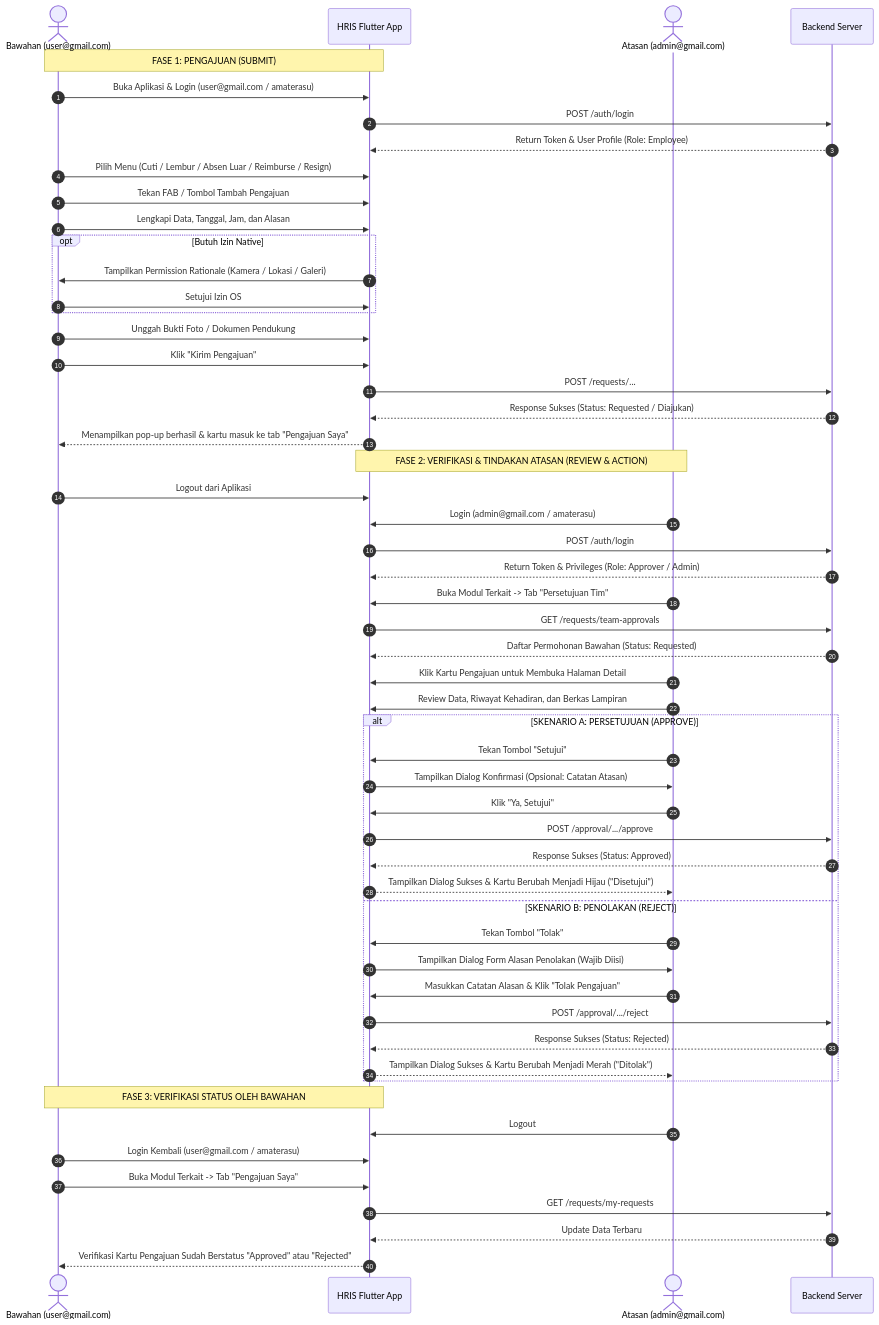
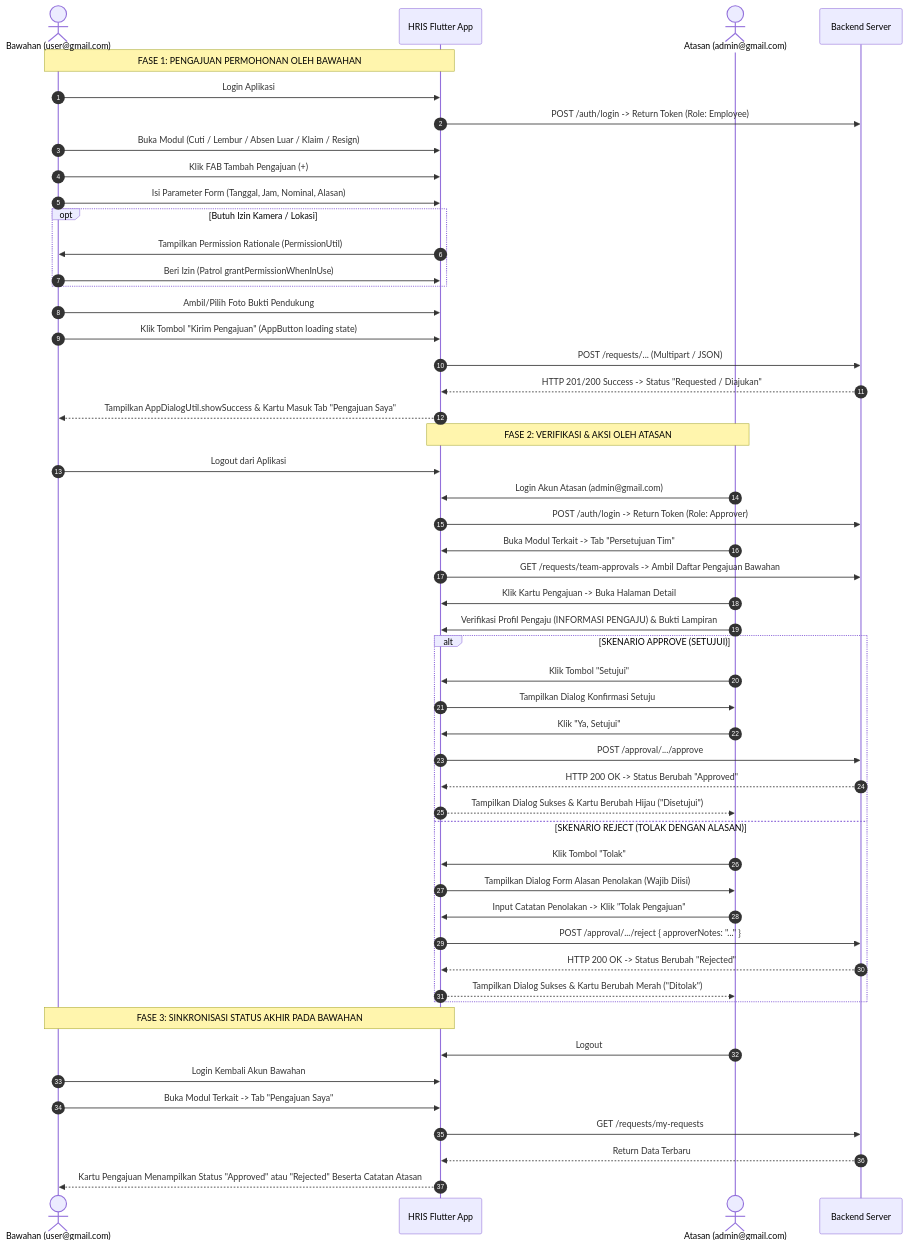
The second of 2 diagrams in docs/TESTING_FLOW_AND_CHECKLIST.md (rafliandreansyah/hris_flutter), drawn with Mermaid before and after one commit. The commit also changed other lines of this file and 160 other files, not shown here.

````diff
--- a/docs/TESTING_FLOW_AND_CHECKLIST.md
+++ b/docs/TESTING_FLOW_AND_CHECKLIST.md
@@ -138,60 +165,57 @@
 ```mermaid
 sequenceDiagram
     autonumber
     actor Bawahan as Bawahan (user@gmail.com)
     participant App as HRIS Flutter App
     actor Atasan as Atasan (admin@gmail.com)
     participant API as Backend Server
 
-    Note over Bawahan, App: FASE 1: PENGAJUAN (SUBMIT)
-    Bawahan->>App: Buka Aplikasi & Login (user@gmail.com / amaterasu)
-    App->>API: POST /auth/login
-    API-->>App: Return Token & User Profile (Role: Employee)
-    Bawahan->>App: Pilih Menu (Cuti / Lembur / Absen Luar / Reimburse / Resign)
-    Bawahan->>App: Tekan FAB / Tombol Tambah Pengajuan
-    Bawahan->>App: Lengkapi Data, Tanggal, Jam, dan Alasan
-    opt Butuh Izin Native
-        App->>Bawahan: Tampilkan Permission Rationale (Kamera / Lokasi / Galeri)
-        Bawahan->>App: Setujui Izin OS
+    Note over Bawahan, App: FASE 1: PENGAJUAN PERMOHONAN OLEH BAWAHAN
+    Bawahan->>App: Login Aplikasi
+    App->>API: POST /auth/login -> Return Token (Role: Employee)
+    Bawahan->>App: Buka Modul (Cuti / Lembur / Absen Luar / Klaim / Resign)
+    Bawahan->>App: Klik FAB Tambah Pengajuan (+)
+    Bawahan->>App: Isi Parameter Form (Tanggal, Jam, Nominal, Alasan)
+    opt Butuh Izin Kamera / Lokasi
+        App->>Bawahan: Tampilkan Permission Rationale (PermissionUtil)
+        Bawahan->>App: Beri Izin (Patrol grantPermissionWhenInUse)
     end
-    Bawahan->>App: Unggah Bukti Foto / Dokumen Pendukung
-    Bawahan->>App: Klik "Kirim Pengajuan"
-    App->>API: POST /requests/...
-    API-->>App: Response Sukses (Status: Requested / Diajukan)
-    App-->>Bawahan: Menampilkan pop-up berhasil & kartu masuk ke tab "Pengajuan Saya"
+    Bawahan->>App: Ambil/Pilih Foto Bukti Pendukung
+    Bawahan->>App: Klik Tombol "Kirim Pengajuan" (AppButton loading state)
+    App->>API: POST /requests/... (Multipart / JSON)
+    API-->>App: HTTP 201/200 Success -> Status "Requested / Diajukan"
+    App-->>Bawahan: Tampilkan AppDialogUtil.showSuccess & Kartu Masuk Tab "Pengajuan Saya"
 
-    Note over Atasan, App: FASE 2: VERIFIKASI & TINDAKAN ATASAN (REVIEW & ACTION)
+    Note over Atasan, App: FASE 2: VERIFIKASI & AKSI OLEH ATASAN
     Bawahan->>App: Logout dari Aplikasi
-    Atasan->>App: Login (admin@gmail.com / amaterasu)
-    App->>API: POST /auth/login
-    API-->>App: Return Token & Privileges (Role: Approver / Admin)
+    Atasan->>App: Login Akun Atasan (admin@gmail.com)
+    App->>API: POST /auth/login -> Return Token (Role: Approver)
     Atasan->>App: Buka Modul Terkait -> Tab "Persetujuan Tim"
-    App->>API: GET /requests/team-approvals
-    API-->>App: Daftar Permohonan Bawahan (Status: Requested)
-    Atasan->>App: Klik Kartu Pengajuan untuk Membuka Halaman Detail
-    Atasan->>App: Review Data, Riwayat Kehadiran, dan Berkas Lampiran
+    App->>API: GET /requests/team-approvals -> Ambil Daftar Pengajuan Bawahan
+    Atasan->>App: Klik Kartu Pengajuan -> Buka Halaman Detail
+    Atasan->>App: Verifikasi Profil Pengaju (INFORMASI PENGAJU) & Bukti Lampiran
 
-    alt SKENARIO A: PERSETUJUAN (APPROVE)
-        Atasan->>App: Tekan Tombol "Setujui"
-        App->>Atasan: Tampilkan Dialog Konfirmasi (Opsional: Catatan Atasan)
+    alt SKENARIO APPROVE (SETUJUI)
+        Atasan->>App: Klik Tombol "Setujui"
+        App->>Atasan: Tampilkan Dialog Konfirmasi Setuju
         Atasan->>App: Klik "Ya, Setujui"
         App->>API: POST /approval/.../approve
-        API-->>App: Response Sukses (Status: Approved)
-        App-->>Atasan: Tampilkan Dialog Sukses & Kartu Berubah Menjadi Hijau ("Disetujui")
-    else SKENARIO B: PENOLAKAN (REJECT)
-        Atasan->>App: Tekan Tombol "Tolak"
+        API-->>App: HTTP 200 OK -> Status Berubah "Approved"
+        App-->>Atasan: Tampilkan Dialog Sukses & Kartu Berubah Hijau ("Disetujui")
+    else SKENARIO REJECT (TOLAK DENGAN ALASAN)
+        Atasan->>App: Klik Tombol "Tolak"
         App->>Atasan: Tampilkan Dialog Form Alasan Penolakan (Wajib Diisi)
-        Atasan->>App: Masukkan Catatan Alasan & Klik "Tolak Pengajuan"
-        App->>API: POST /approval/.../reject
-        API-->>App: Response Sukses (Status: Rejected)
-        App-->>Atasan: Tampilkan Dialog Sukses & Kartu Berubah Menjadi Merah ("Ditolak")
+        Atasan->>App: Input Catatan Penolakan -> Klik "Tolak Pengajuan"
+        App->>API: POST /approval/.../reject { approverNotes: "..." }
+        API-->>App: HTTP 200 OK -> Status Berubah "Rejected"
+        App-->>Atasan: Tampilkan Dialog Sukses & Kartu Berubah Merah ("Ditolak")
     end
 
-    Note over Bawahan, App: FASE 3: VERIFIKASI STATUS OLEH BAWAHAN
+    Note over Bawahan, App: FASE 3: SINKRONISASI STATUS AKHIR PADA BAWAHAN
     Atasan->>App: Logout
-    Bawahan->>App: Login Kembali (user@gmail.com / amaterasu)
+    Bawahan->>App: Login Kembali Akun Bawahan
     Bawahan->>App: Buka Modul Terkait -> Tab "Pengajuan Saya"
     App->>API: GET /requests/my-requests
-    API-->>App: Update Data Terbaru
-    App-->>Bawahan: Verifikasi Kartu Pengajuan Sudah Berstatus "Approved" atau "Rejected"
+    API-->>App: Return Data Terbaru
+    App-->>Bawahan: Kartu Pengajuan Menampilkan Status "Approved" atau "Rejected" Beserta Catatan Atasan
 ```
````
